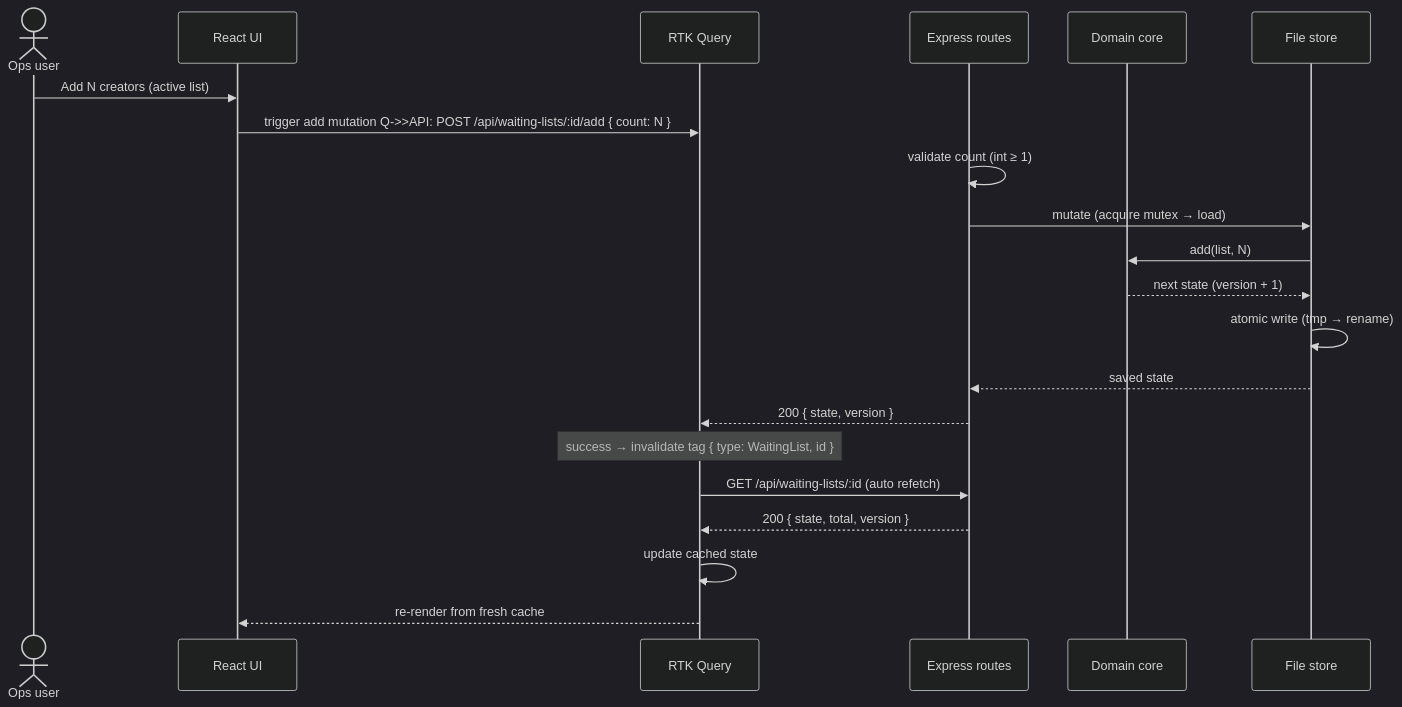
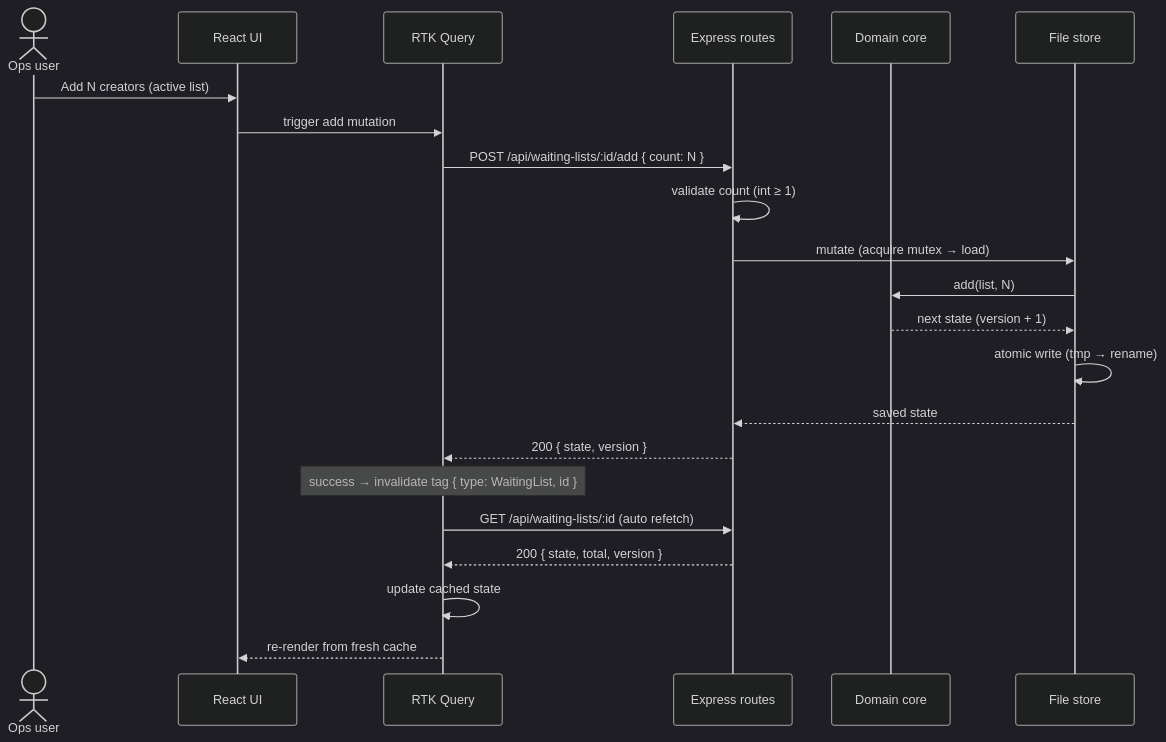
One commit to anch09/cohort-waiting-list changed the second of 6 diagrams in docs/architecture.md. Above: the diagram before and after it, drawn with Mermaid (dark theme). The commit also changed other lines of this file and 1 other file, not shown here.

Commit message:
docs: drop ai-usage doc (folded into README) and sync architecture with implementation

````diff
--- a/docs/architecture.md
+++ b/docs/architecture.md
@@ -74,24 +74,25 @@
 ```mermaid
 sequenceDiagram
   actor U as Ops user
   participant UI as React UI
   participant Q as RTK Query
   participant API as Express routes
   participant D as Domain core
   participant S as File store
 
   U->>UI: Add N creators (active list)
-  UI->>Q: trigger add mutation  Q->>API: POST /api/waiting-lists/:id/add { count: N }
+  UI->>Q: trigger add mutation
+  Q->>API: POST /api/waiting-lists/:id/add { count: N }
   API->>API: validate count (int ≥ 1)
   API->>S: mutate (acquire mutex → load)
   S->>D: add(list, N)
   D-->>S: next state (version + 1)
   S->>S: atomic write (tmp → rename)
   S-->>API: saved state
   API-->>Q: 200 { state, version }
   Note over Q: success → invalidate tag { type: WaitingList, id }
   Q->>API: GET /api/waiting-lists/:id  (auto refetch)
   API-->>Q: 200 { state, total, version }
   Q->>Q: update cached state
   Q-->>UI: re-render from fresh cache
 ```
````
